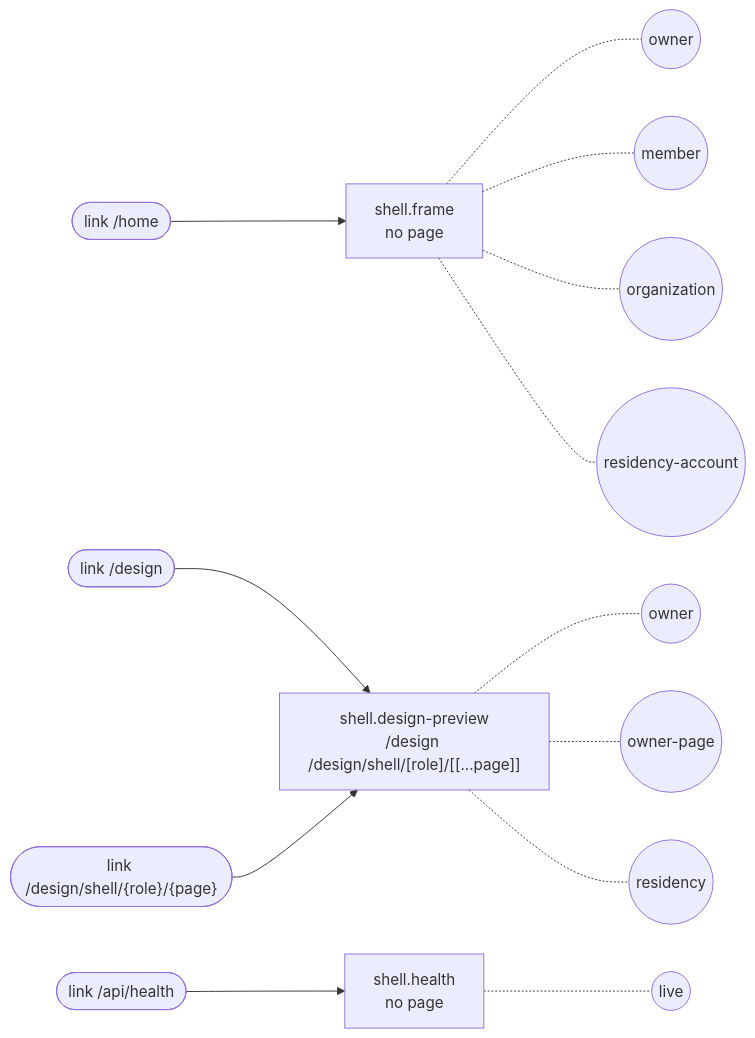
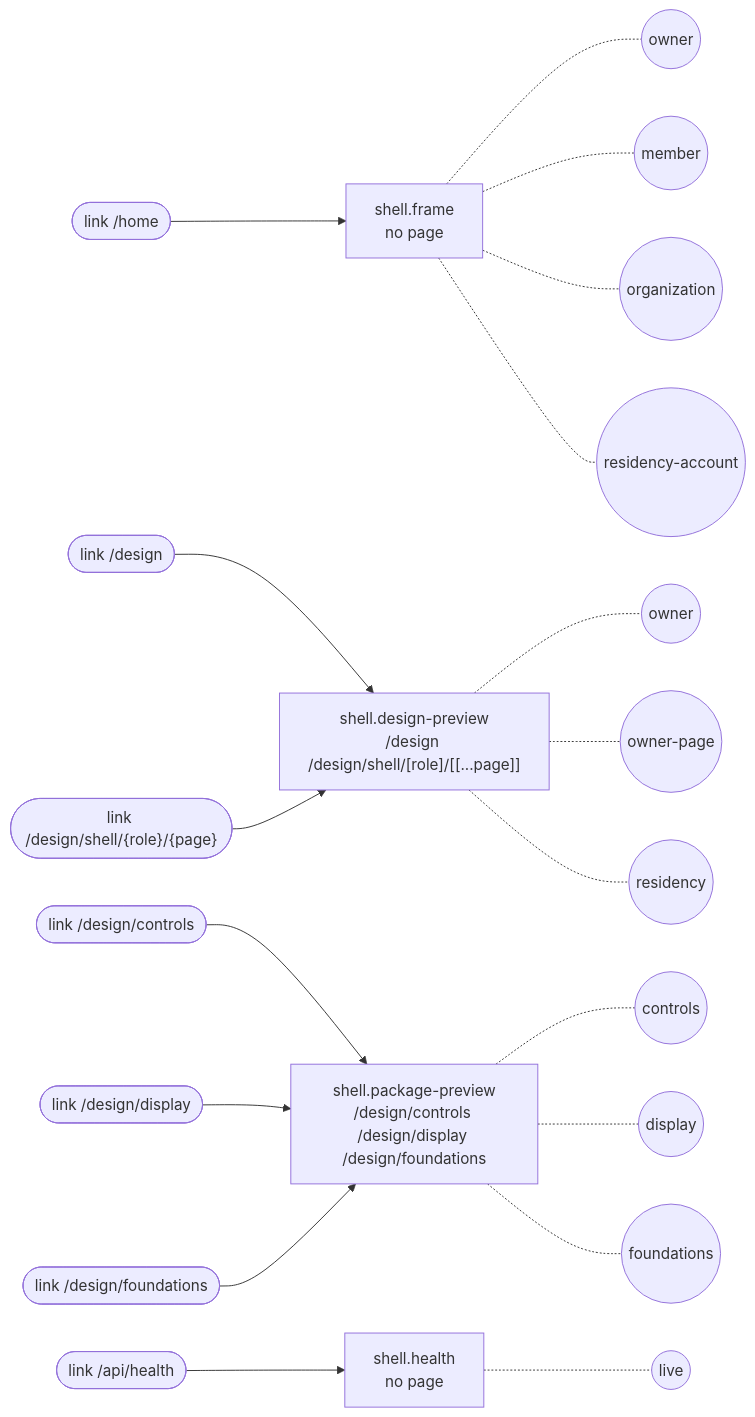
The diagram in docs/feature-maps/shell.md (SebastianGarces/everyfield), drawn with Mermaid before and after one commit. The commit also changed other lines of this file and 28 other files, not shown here.

First line of the commit message:
Design preview page bodies move into each feature's preview folder (R-08, rules 8 and 13) (#906)

````diff
--- a/docs/feature-maps/shell.md
+++ b/docs/feature-maps/shell.md
@@ -6,22 +6,32 @@
 ```mermaid
 flowchart LR
   s0_link0(["link /home"])
   s1_link0(["link /design"])
   s1_link1(["link /design/shell/{role}/{page}"])
-  s2_link0(["link /api/health"])
+  s2_link0(["link /design/controls"])
+  s2_link1(["link /design/display"])
+  s2_link2(["link /design/foundations"])
+  s3_link0(["link /api/health"])
   s0["shell.frame<br/>no page"]
   s0_link0 --> s0
   s0 -.- s0_st0(("owner"))
   s0 -.- s0_st1(("member"))
   s0 -.- s0_st2(("organization"))
   s0 -.- s0_st3(("residency-account"))
   s1["shell.design-preview<br/>/design /design/shell/[role]/[[...page]]"]
   s1_link0 --> s1
   s1_link1 --> s1
   s1 -.- s1_st0(("owner"))
   s1 -.- s1_st1(("owner-page"))
   s1 -.- s1_st2(("residency"))
-  s2["shell.health<br/>no page"]
+  s2["shell.package-preview<br/>/design/controls /design/display /design/foundations"]
   s2_link0 --> s2
-  s2 -.- s2_st0(("live"))
+  s2_link1 --> s2
+  s2_link2 --> s2
+  s2 -.- s2_st0(("controls"))
+  s2 -.- s2_st1(("display"))
+  s2 -.- s2_st2(("foundations"))
+  s3["shell.health<br/>no page"]
+  s3_link0 --> s3
+  s3 -.- s3_st0(("live"))
 ```
````
